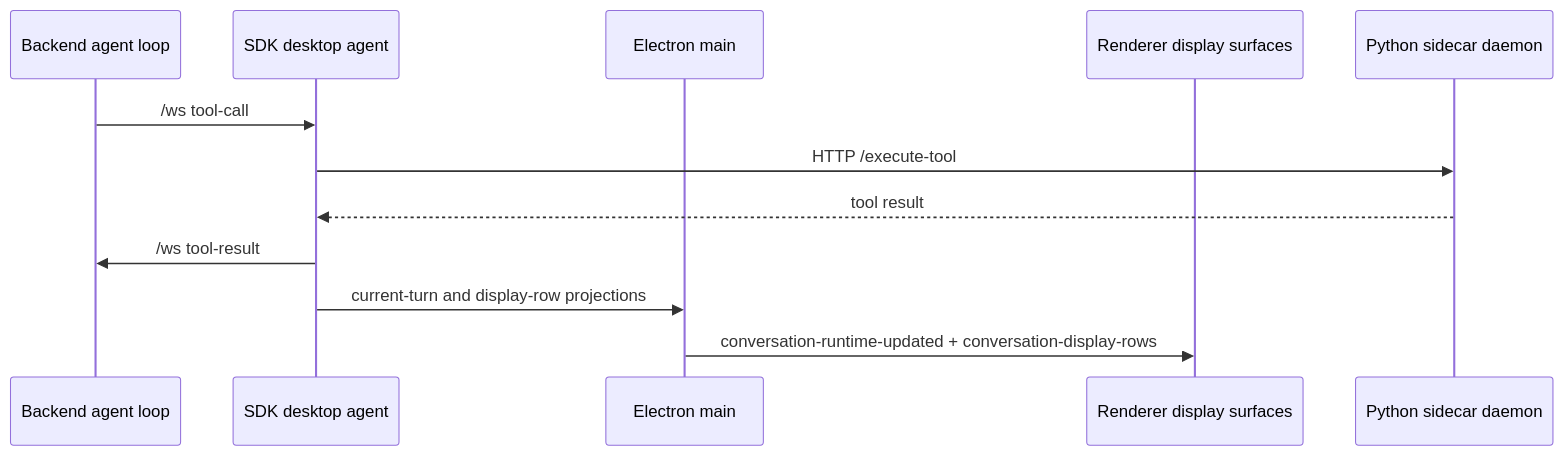
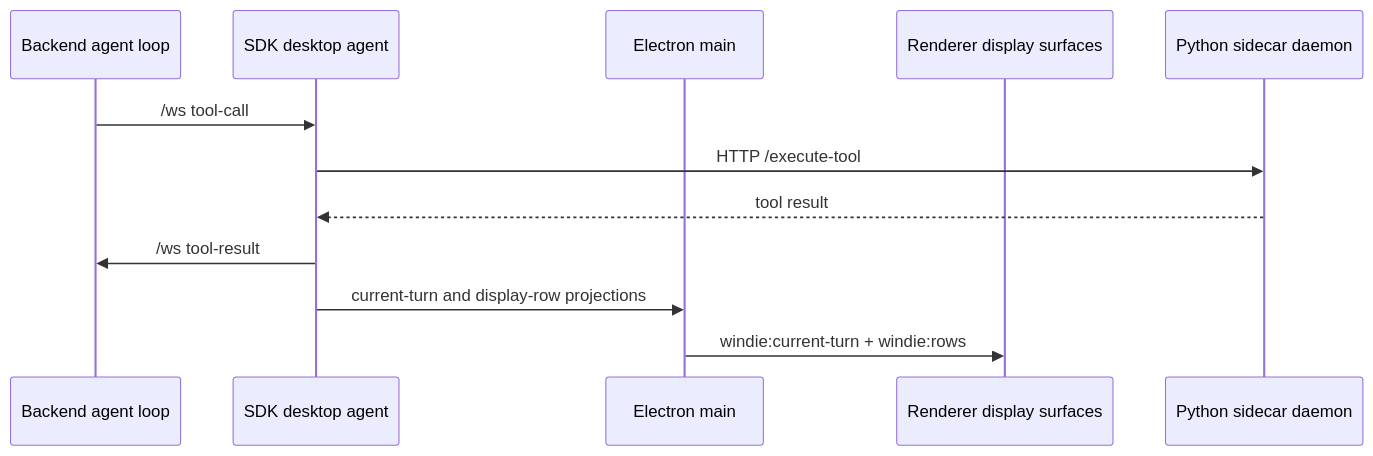
One commit to buiilding/My_Own_OpenClaw changed the diagram in docs/channels/sidecar_and_tool_channels.md. Above: the diagram before and after it, drawn with Mermaid. The commit also changed other lines of this file and 63 other files, not shown here.

First line of the commit message:
docs(architecture): update SDK desktop ownership

````diff
--- a/docs/channels/sidecar_and_tool_channels.md
+++ b/docs/channels/sidecar_and_tool_channels.md
@@ -15,15 +15,15 @@
 ```mermaid
 sequenceDiagram
     participant Backend as Backend agent loop
     participant SDK as SDK desktop agent
     participant Main as Electron main
     participant Renderer as Renderer display surfaces
     participant Sidecar as Python sidecar daemon
 
     Backend->>SDK: /ws tool-call
     SDK->>Sidecar: HTTP /execute-tool
     Sidecar-->>SDK: tool result
     SDK->>Backend: /ws tool-result
     SDK->>Main: current-turn and display-row projections
-    Main->>Renderer: conversation-runtime-updated + conversation-display-rows
+    Main->>Renderer: windie:current-turn + windie:rows
 ```
````
